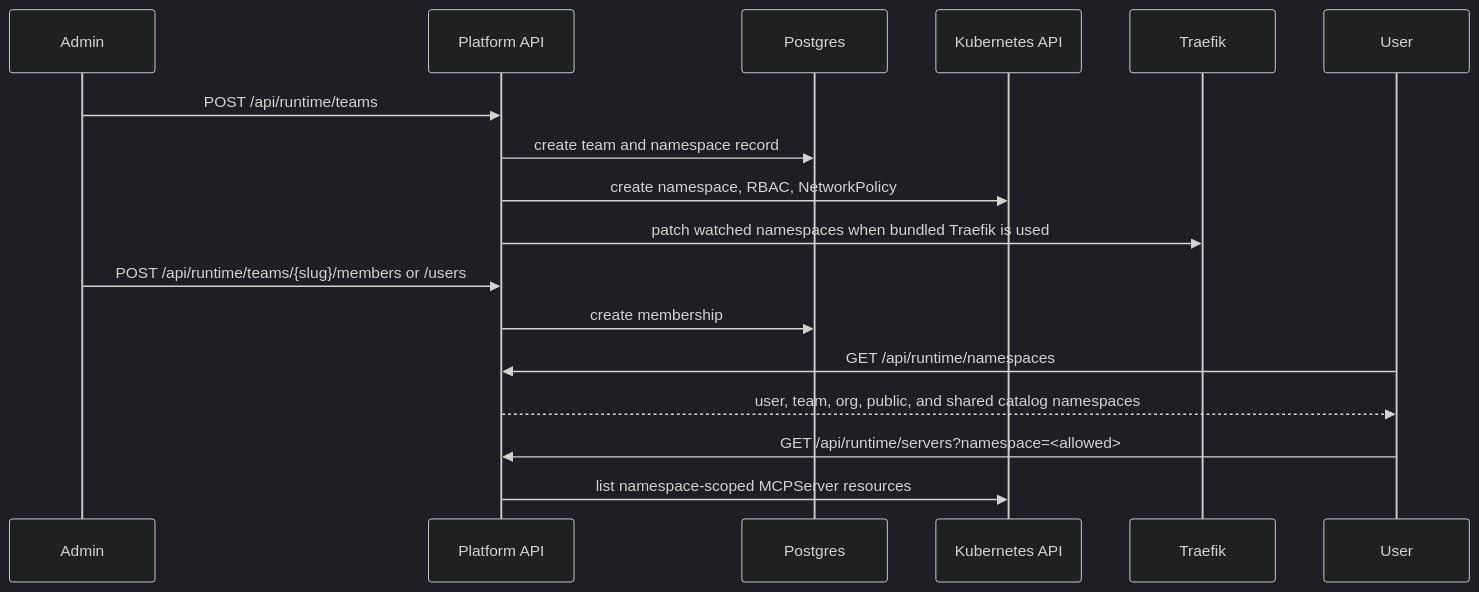
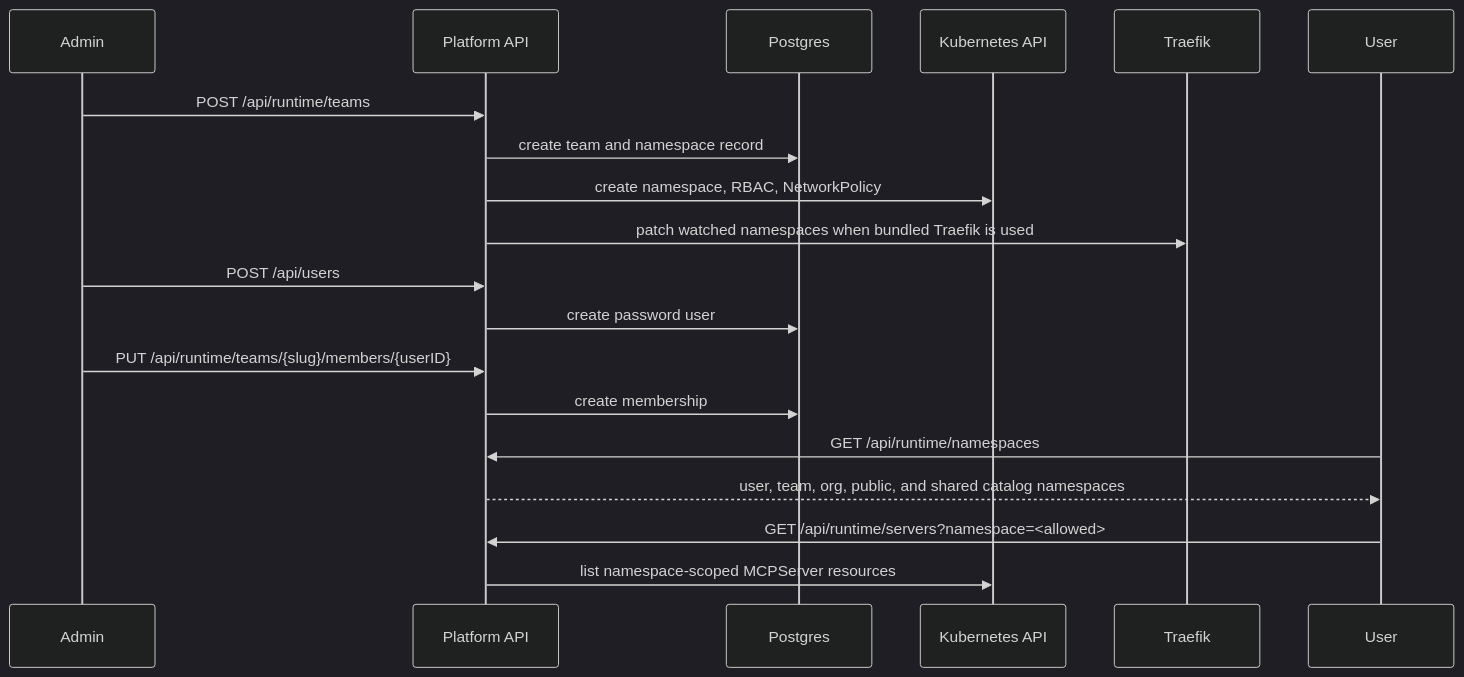
The eighth of 9 diagrams in docs/internals/request-flows.md (Agent-Hellboy/mcp-runtime), drawn with Mermaid (dark theme) before and after one commit. The commit also changed other lines of this file and 63 other files, not shown here.

````diff
--- a/docs/internals/request-flows.md
+++ b/docs/internals/request-flows.md
@@ -263,20 +261,22 @@
 ```mermaid
 sequenceDiagram
     participant Admin
     participant API as Platform API
     participant DB as Postgres
     participant K8s as Kubernetes API
     participant Traefik
     participant User
 
     Admin->>API: POST /api/runtime/teams
     API->>DB: create team and namespace record
     API->>K8s: create namespace, RBAC, NetworkPolicy
     API->>Traefik: patch watched namespaces when bundled Traefik is used
-    Admin->>API: POST /api/runtime/teams/{slug}/members or /users
+    Admin->>API: POST /api/users
+    API->>DB: create password user
+    Admin->>API: PUT /api/runtime/teams/{slug}/members/{userID}
     API->>DB: create membership
     User->>API: GET /api/runtime/namespaces
     API-->>User: user, team, org, public, and shared catalog namespaces
     User->>API: GET /api/runtime/servers?namespace=<allowed>
     API->>K8s: list namespace-scoped MCPServer resources
 ```
````
